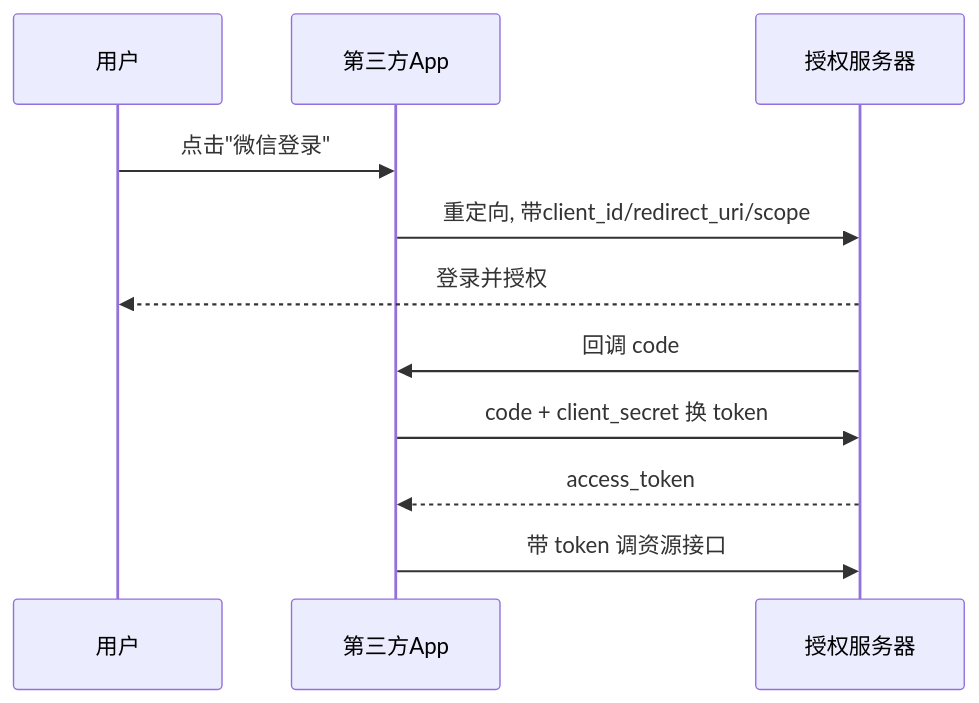
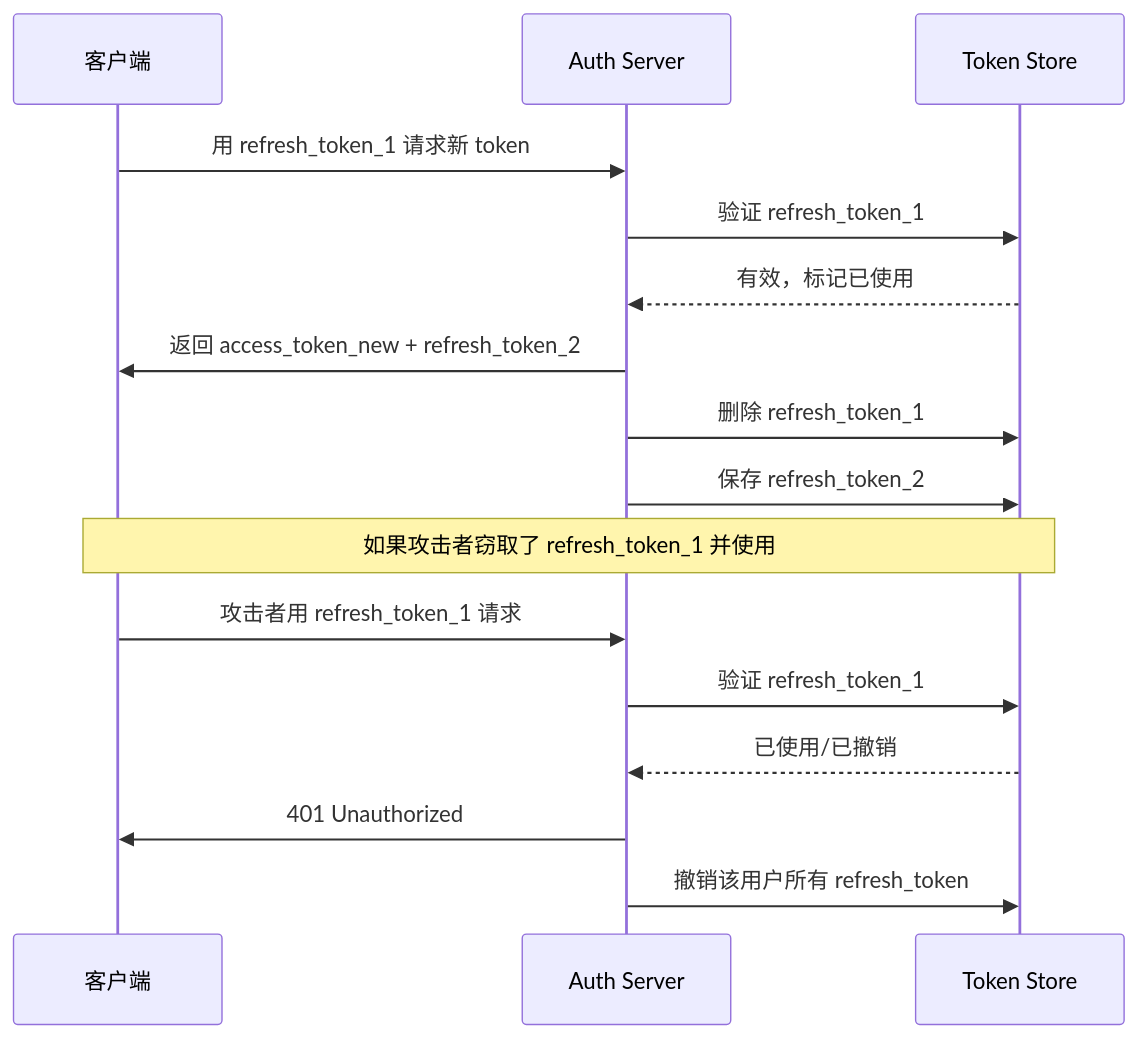
The fifth of 8 diagrams in 基础知识/中间件/认证授权JWT-OAuth2.md (tghrxxxyyy/knowledge-base), drawn with Mermaid before and after one commit. The commit also changed other lines of this file and 9 other files, not shown here.

````diff
--- a/基础知识/中间件/认证授权JWT-OAuth2.md
+++ b/基础知识/中间件/认证授权JWT-OAuth2.md
@@ -108,13 +395,20 @@
 ```mermaid
 sequenceDiagram
-    participant U as 用户
-    participant C as 第三方App
-    participant AS as 授权服务器
-    U->>C: 点击"微信登录"
-    C->>AS: 重定向, 带client_id/redirect_uri/scope
-    AS-->>U: 登录并授权
-    AS->>C: 回调 code
-    C->>AS: code + client_secret 换 token
-    AS-->>C: access_token
-    C->>AS: 带 token 调资源接口
+    participant C as 客户端
+    participant AS as Auth Server
+    participant DB as Token Store
+
+    C->>AS: 用 refresh_token_1 请求新 token
+    AS->>DB: 验证 refresh_token_1
+    DB-->>AS: 有效，标记已使用
+    AS->>C: 返回 access_token_new + refresh_token_2
+    AS->>DB: 删除 refresh_token_1
+    AS->>DB: 保存 refresh_token_2
+
+    Note over C,DB: 如果攻击者窃取了 refresh_token_1 并使用
+    C->>AS: 攻击者用 refresh_token_1 请求
+    AS->>DB: 验证 refresh_token_1
+    DB-->>AS: 已使用/已撤销
+    AS->>C: 401 Unauthorized
+    AS->>DB: 撤销该用户所有 refresh_token
 ```
````
